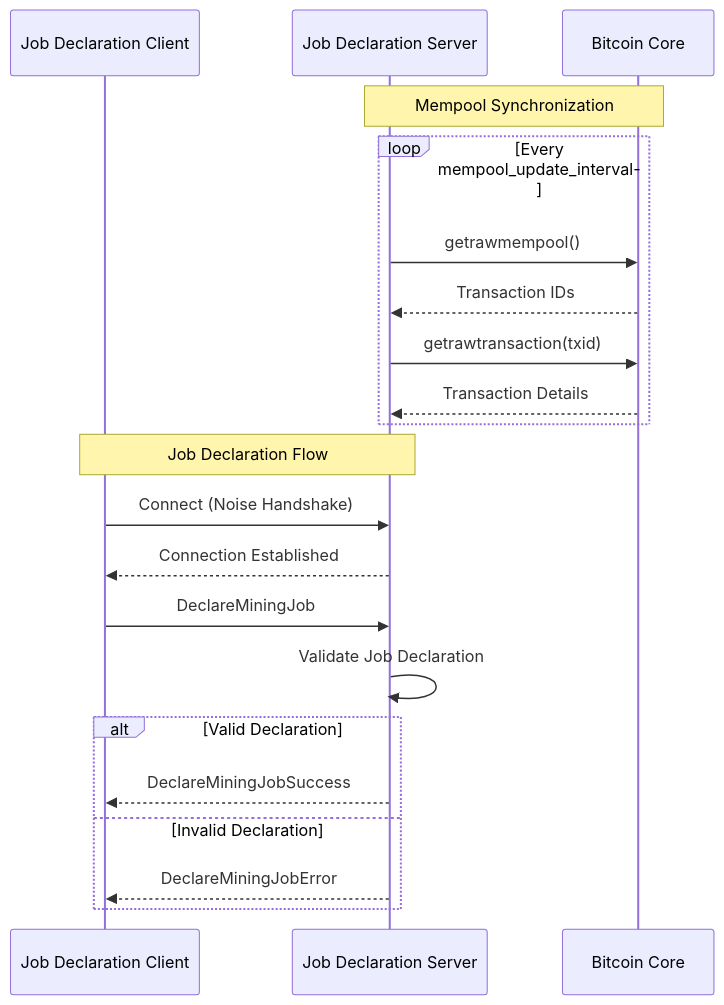
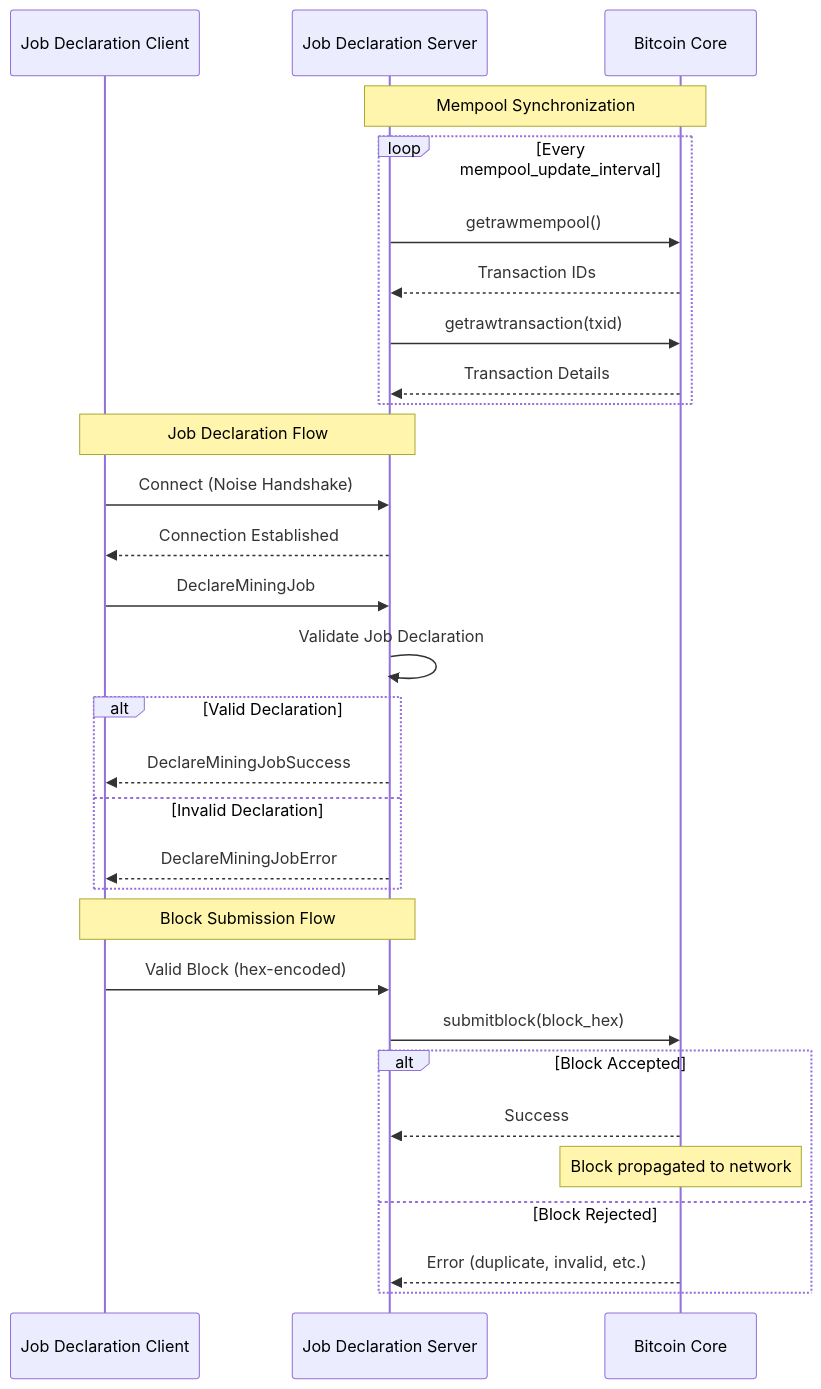
Before and after one commit to panda-coder/stratum: the second of 3 diagrams in roles/jd-server/README.md, drawn with Mermaid. The commit also changed other lines of this file and 1 other file, not shown here.

Commit message:
doc: add missing submitblock

````diff
--- a/roles/jd-server/README.md
+++ b/roles/jd-server/README.md
@@ -63,26 +68,36 @@
 ```mermaid
 sequenceDiagram
     participant JDC as Job Declaration Client
     participant JDS as Job Declaration Server
     participant BC as Bitcoin Core
     
     Note over JDS,BC: Mempool Synchronization
     loop Every mempool_update_interval
         JDS->>BC: getrawmempool()
         BC-->>JDS: Transaction IDs
         JDS->>BC: getrawtransaction(txid)
         BC-->>JDS: Transaction Details
     end
     
     Note over JDC,JDS: Job Declaration Flow
     JDC->>JDS: Connect (Noise Handshake)
     JDS-->>JDC: Connection Established
     
     JDC->>JDS: DeclareMiningJob
     JDS->>JDS: Validate Job Declaration
     alt Valid Declaration
         JDS-->>JDC: DeclareMiningJobSuccess
     else Invalid Declaration
         JDS-->>JDC: DeclareMiningJobError
     end
+    
+    Note over JDC,JDS: Block Submission Flow
+    JDC->>JDS: Valid Block (hex-encoded)
+    JDS->>BC: submitblock(block_hex)
+    alt Block Accepted
+        BC-->>JDS: Success
+        Note over BC: Block propagated to network
+    else Block Rejected
+        BC-->>JDS: Error (duplicate, invalid, etc.)
+    end
 ```
````
